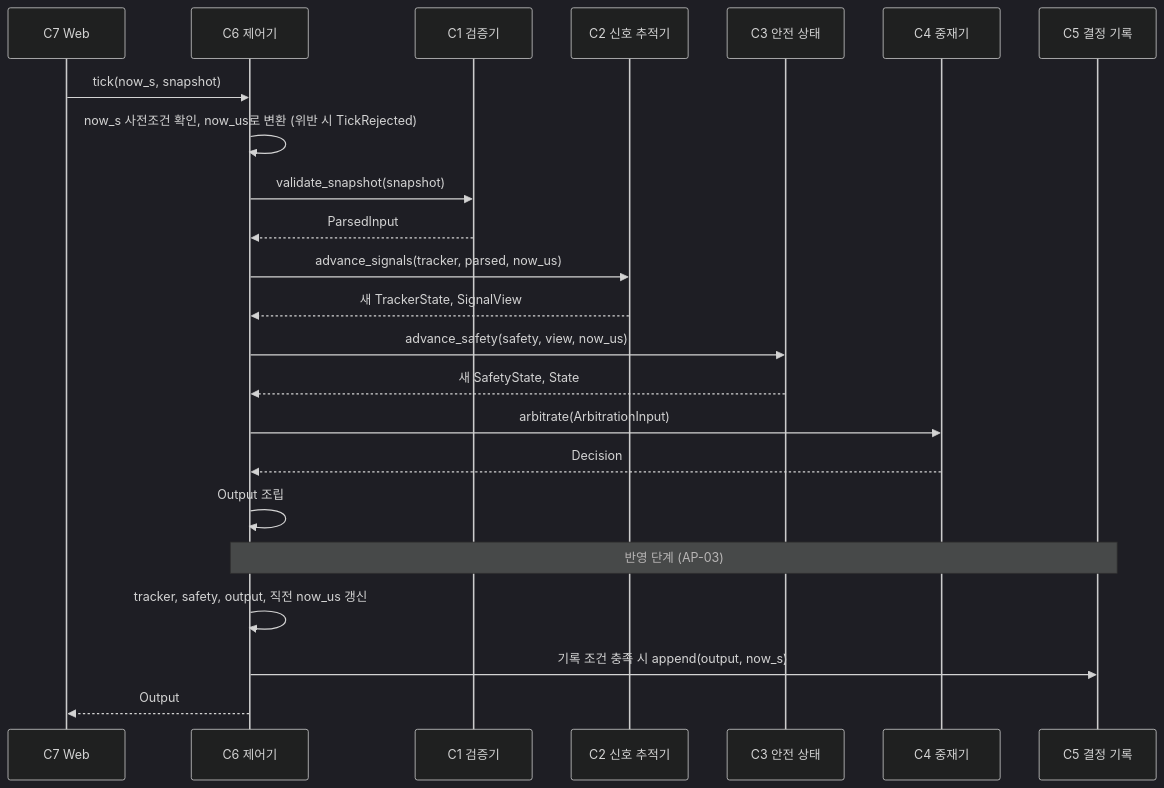
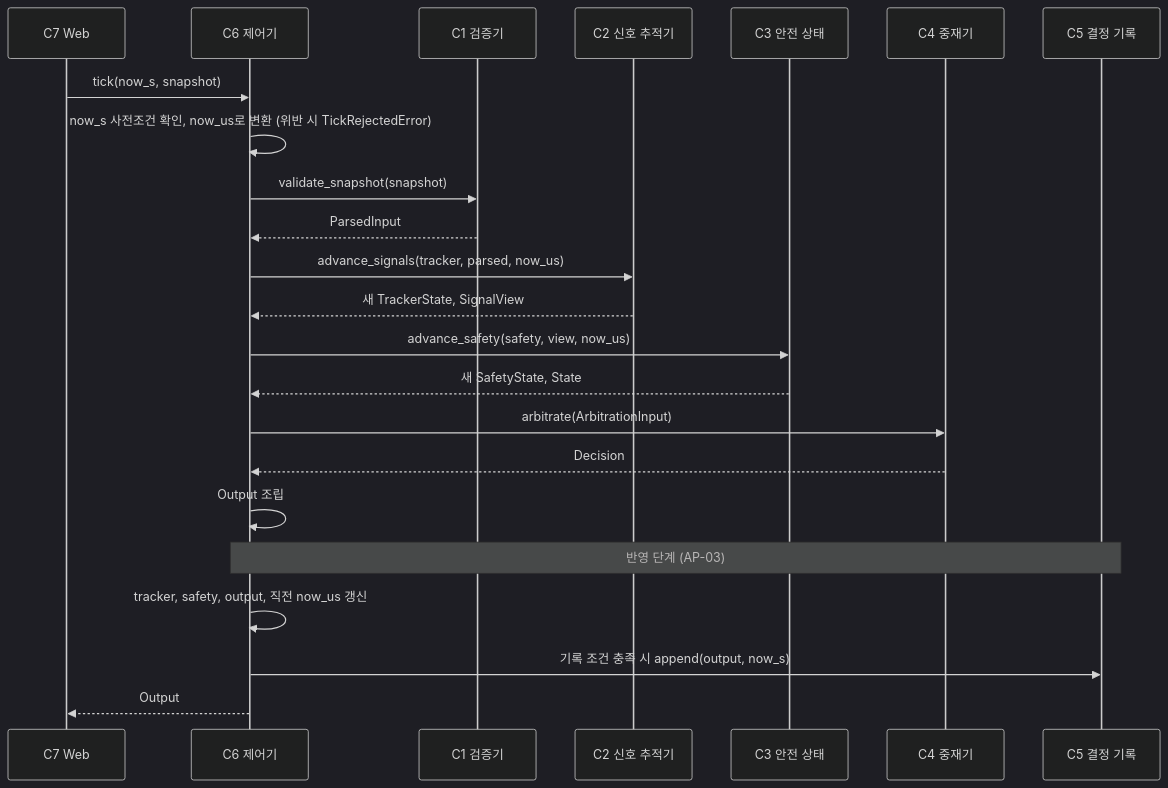
One commit to DongJoonHan/ClaudePython changed the second of 3 diagrams in docs/02_swe2_architecture/아키텍처설계서.md. Above: the diagram before and after it, drawn with Mermaid (dark theme). The commit also changed other lines of this file and 29 other files, not shown here.

````diff
--- a/docs/02_swe2_architecture/아키텍처설계서.md
+++ b/docs/02_swe2_architecture/아키텍처설계서.md
@@ -88,25 +88,25 @@
 ```mermaid
 sequenceDiagram
     participant W as C7 Web
     participant C as C6 제어기
     participant V as C1 검증기
     participant S as C2 신호 추적기
     participant M as C3 안전 상태
     participant A as C4 중재기
     participant L as C5 결정 기록
     W->>C: tick(now_s, snapshot)
-    C->>C: now_s 사전조건 확인, now_us로 변환 (위반 시 TickRejected)
+    C->>C: now_s 사전조건 확인, now_us로 변환 (위반 시 TickRejectedError)
     C->>V: validate_snapshot(snapshot)
     V-->>C: ParsedInput
     C->>S: advance_signals(tracker, parsed, now_us)
     S-->>C: 새 TrackerState, SignalView
     C->>M: advance_safety(safety, view, now_us)
     M-->>C: 새 SafetyState, State
     C->>A: arbitrate(ArbitrationInput)
     A-->>C: Decision
     C->>C: Output 조립
     Note over C,L: 반영 단계 (AP-03)
     C->>C: tracker, safety, output, 직전 now_us 갱신
     C->>L: 기록 조건 충족 시 append(output, now_s)
     C-->>W: Output
 ```
````
